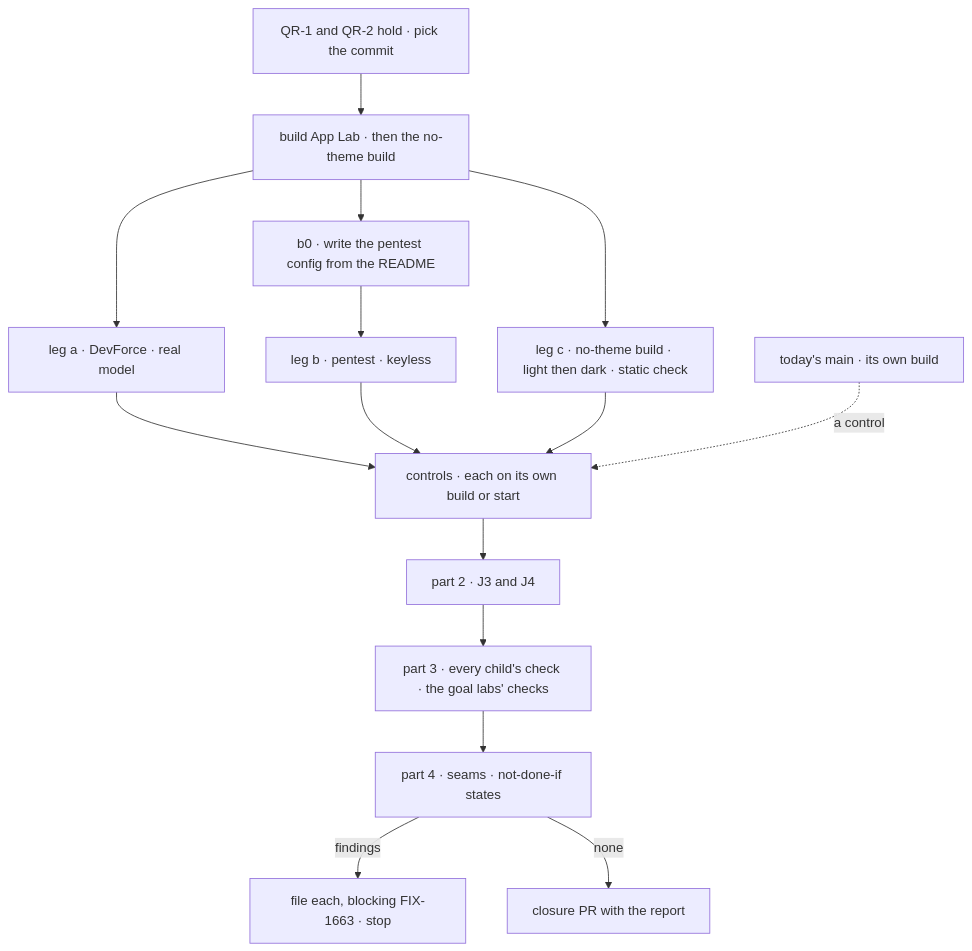
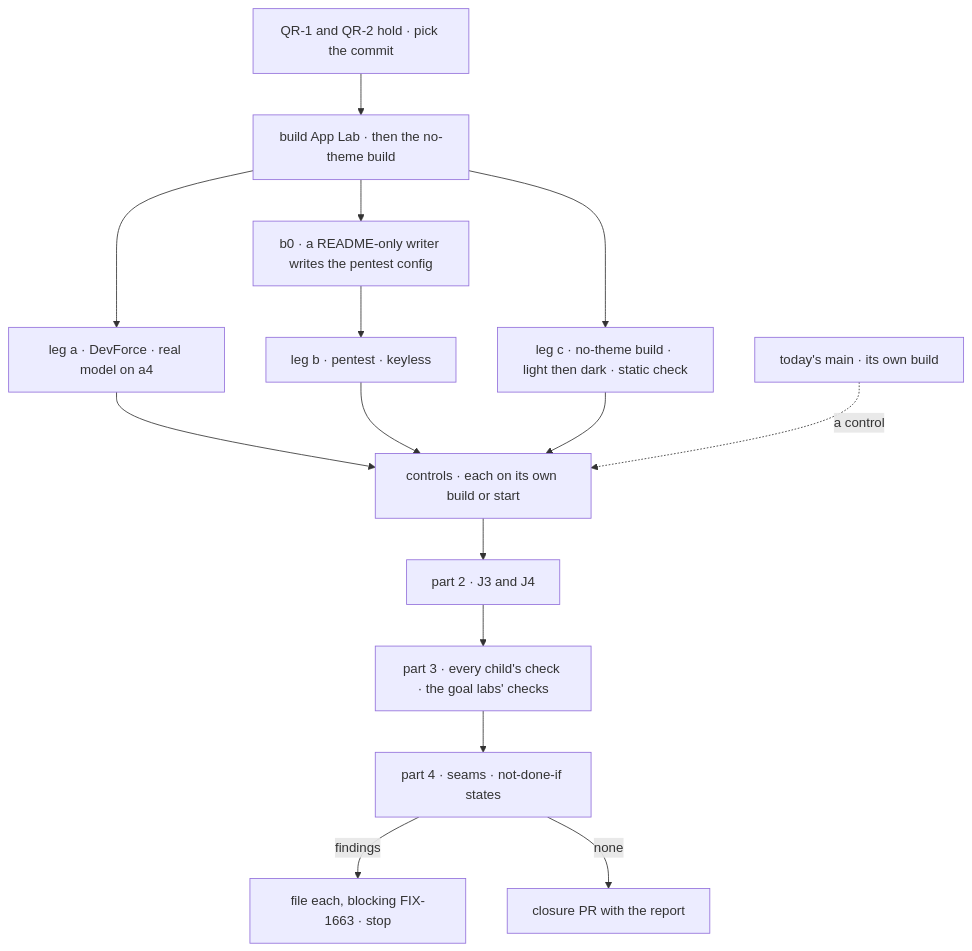
Before and after one commit to fixpoint-labs/flow-state-dev: the diagram in specs/issues/FIX-1663/PLAN.md, drawn with Mermaid. The commit also changed other lines of this file and 4 other files, not shown here.

````diff
--- a/specs/issues/FIX-1663/PLAN.md
+++ b/specs/issues/FIX-1663/PLAN.md
@@ -23,17 +23,17 @@
 ```mermaid
 flowchart TD
   M["QR-1 and QR-2 hold · pick the commit"] --> B["build App Lab · then the no-theme build"]
-  B --> A["leg a · DevForce · real model"]
-  B --> P0["b0 · write the pentest config from the README"]
+  B --> A["leg a · DevForce · real model on a4"]
+  B --> P0["b0 · a README-only writer writes the pentest config"]
   P0 --> L2["leg b · pentest · keyless"]
   B --> C["leg c · no-theme build · light then dark · static check"]
   A --> K["controls · each on its own build or start"]
   L2 --> K
   C --> K
   T["today's main · its own build"] -.->|"a control"| K
   K --> J["part 2 · J3 and J4"]
   J --> P3["part 3 · every child's check · the goal labs' checks"]
   P3 --> P4["part 4 · seams · not-done-if states"]
   P4 -->|"findings"| F["file each, blocking FIX-1663 · stop"]
   P4 -->|"none"| PR["closure PR with the report"]
 ```
````
